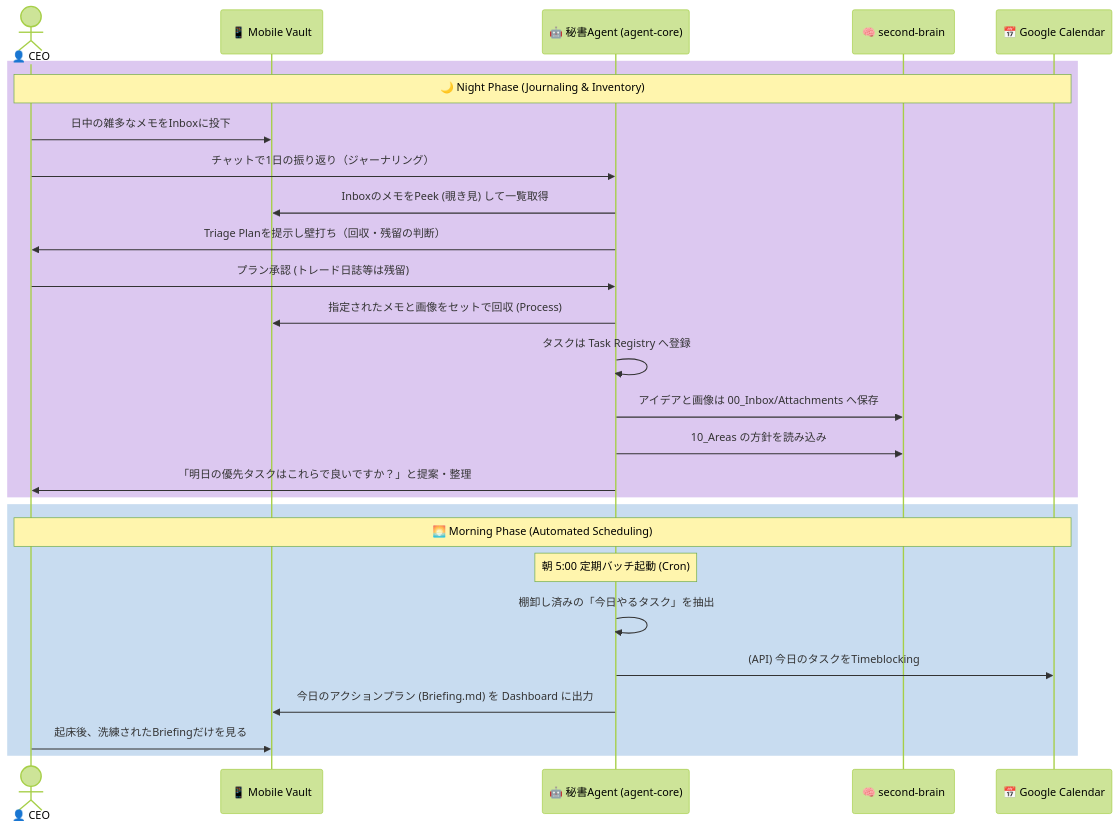
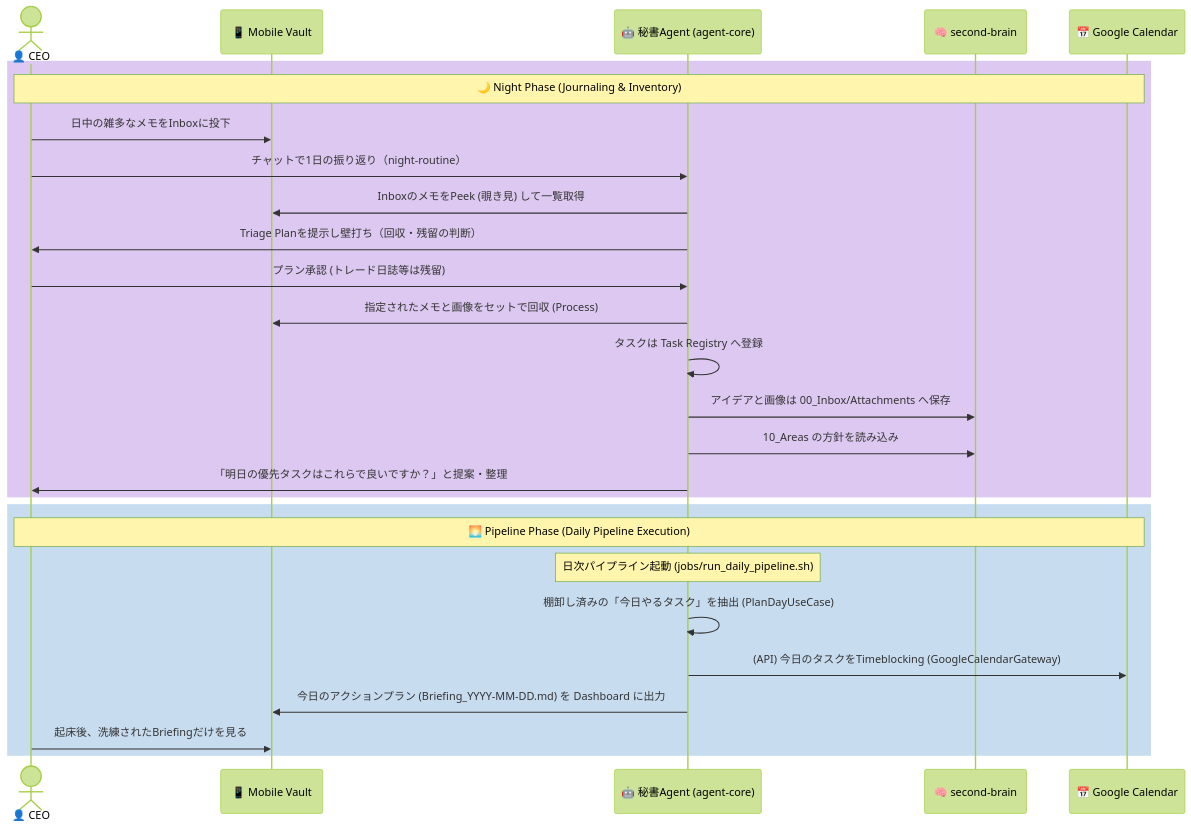
The second of 2 diagrams in workspaces/action_reflection_pipeline/docs/01_Architecture_and_DataFlow.md (shoheiHasegawa/agent-core), drawn with Mermaid (forest theme) before and after one commit. The commit also changed other lines of this file and 8 other files, not shown here.

````diff
--- a/workspaces/action_reflection_pipeline/docs/01_Architecture_and_DataFlow.md
+++ b/workspaces/action_reflection_pipeline/docs/01_Architecture_and_DataFlow.md
@@ -85,33 +88,33 @@
 ```mermaid
 sequenceDiagram
     actor CEO as 👤 CEO
     participant MV as 📱 Mobile Vault
     participant Sec as 🤖 秘書Agent (agent-core)
     participant SB as 🧠 second-brain
     participant GCal as 📅 Google Calendar
 
     %% 夜の対話と棚卸し
     rect rgb(220, 200, 240)
         Note over CEO, GCal: 🌙 Night Phase (Journaling & Inventory)
         CEO->>MV: 日中の雑多なメモをInboxに投下
-        CEO->>Sec: チャットで1日の振り返り（ジャーナリング）
+        CEO->>Sec: チャットで1日の振り返り（night-routine）
         Sec->>MV: InboxのメモをPeek (覗き見) して一覧取得
         Sec->>CEO: Triage Planを提示し壁打ち（回収・残留の判断）
         CEO->>Sec: プラン承認 (トレード日誌等は残留)
         Sec->>MV: 指定されたメモと画像をセットで回収 (Process)
         Sec->>Sec: タスクは Task Registry へ登録
         Sec->>SB: アイデアと画像は 00_Inbox/Attachments へ保存
         Sec->>SB: 10_Areas の方針を読み込み
         Sec->>CEO: 「明日の優先タスクはこれらで良いですか？」と提案・整理
     end
 
-    %% 朝の自動スケジューリング
+    %% パイプライン実行（夜の対話終了時または早朝）
     rect rgb(200, 220, 240)
-        Note over CEO, GCal: 🌅 Morning Phase (Automated Scheduling)
-        Note over Sec: 朝 5:00 定期バッチ起動 (Cron)
-        Sec->>Sec: 棚卸し済みの「今日やるタスク」を抽出
-        Sec->>GCal: (API) 今日のタスクをTimeblocking
-        Sec->>MV: 今日のアクションプラン (Briefing.md) を Dashboard に出力
+        Note over CEO, GCal: 🌅 Pipeline Phase (Daily Pipeline Execution)
+        Note over Sec: 日次パイプライン起動 (jobs/run_daily_pipeline.sh)
+        Sec->>Sec: 棚卸し済みの「今日やるタスク」を抽出 (PlanDayUseCase)
+        Sec->>GCal: (API) 今日のタスクをTimeblocking (GoogleCalendarGateway)
+        Sec->>MV: 今日のアクションプラン (Briefing_YYYY-MM-DD.md) を Dashboard に出力
         CEO->>MV: 起床後、洗練されたBriefingだけを見る
     end
 ```
````
